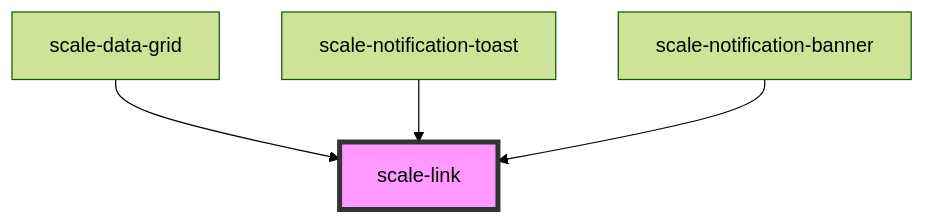
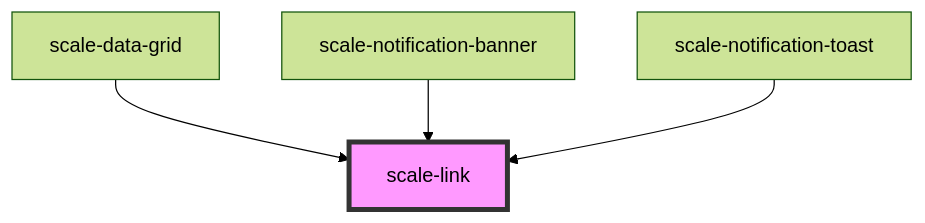
One commit to telekom/scale changed the diagram in packages/components/src/components/link/readme.md. Above: the diagram before and after it, drawn with Mermaid (forest theme). The commit also changed other lines of this file and 2 other files, not shown here.

````diff
--- a/packages/components/src/components/link/readme.md
+++ b/packages/components/src/components/link/readme.md
@@ -113,7 +113,7 @@
 ```mermaid
 graph TD;
   scale-data-grid --> scale-link
+  scale-notification-banner --> scale-link
   scale-notification-toast --> scale-link
-  scale-notification-banner --> scale-link
   style scale-link fill:#f9f,stroke:#333,stroke-width:4px
 ```
````
